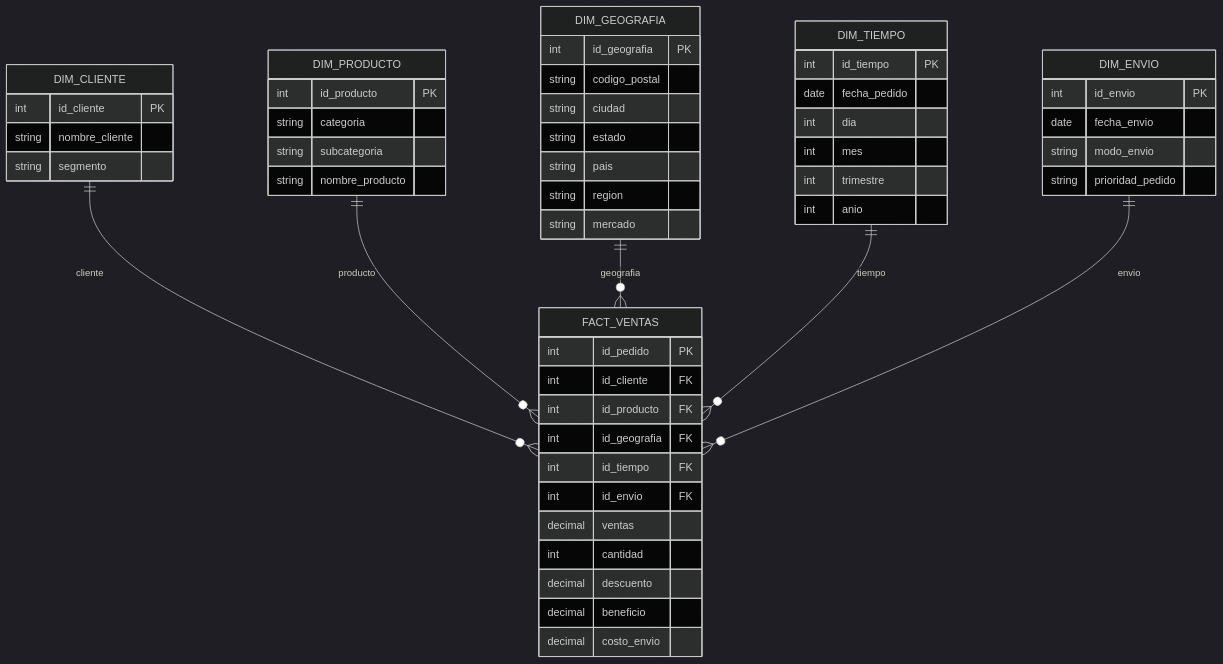
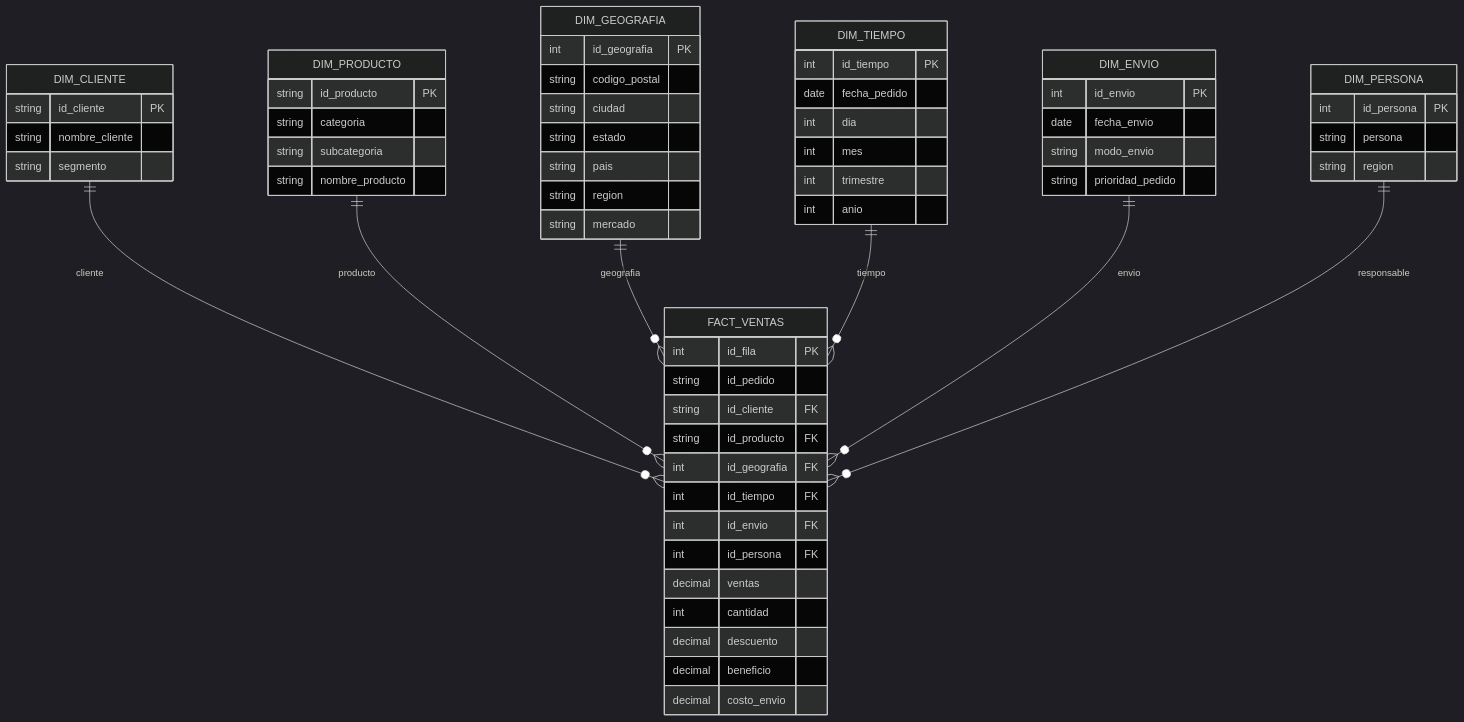
Before and after one commit to RicardoGarEsp/Proyecto-Final-en-proceso: the diagram in README.md, drawn with Mermaid (dark theme). The commit also changed other lines of this file, not shown here.

````diff
--- a/README.md
+++ b/README.md
@@ -61,62 +62,73 @@
 ```mermaid
 erDiagram
 
     FACT_VENTAS {
-        int id_pedido PK
-        int id_cliente FK
-        int id_producto FK
+        int id_fila PK
+        string id_pedido
+
+        string id_cliente FK
+        string id_producto FK
         int id_geografia FK
         int id_tiempo FK
         int id_envio FK
+        int id_persona FK
+
         decimal ventas
         int cantidad
         decimal descuento
         decimal beneficio
         decimal costo_envio
     }
 
     DIM_CLIENTE {
-        int id_cliente PK
+        string id_cliente PK
         string nombre_cliente
         string segmento
     }
 
     DIM_PRODUCTO {
-        int id_producto PK
+        string id_producto PK
         string categoria
         string subcategoria
         string nombre_producto
     }
 
     DIM_GEOGRAFIA {
         int id_geografia PK
         string codigo_postal
         string ciudad
         string estado
         string pais
         string region
         string mercado
     }
 
     DIM_TIEMPO {
         int id_tiempo PK
         date fecha_pedido
         int dia
         int mes
         int trimestre
         int anio
     }
 
     DIM_ENVIO {
         int id_envio PK
         date fecha_envio
         string modo_envio
         string prioridad_pedido
     }
 
+    DIM_PERSONA {
+        int id_persona PK
+        string persona
+        string region
+    }
+
     DIM_CLIENTE ||--o{ FACT_VENTAS : cliente
     DIM_PRODUCTO ||--o{ FACT_VENTAS : producto
     DIM_GEOGRAFIA ||--o{ FACT_VENTAS : geografia
     DIM_TIEMPO ||--o{ FACT_VENTAS : tiempo
     DIM_ENVIO ||--o{ FACT_VENTAS : envio
+    DIM_PERSONA ||--o{ FACT_VENTAS : responsable
 ```
````
